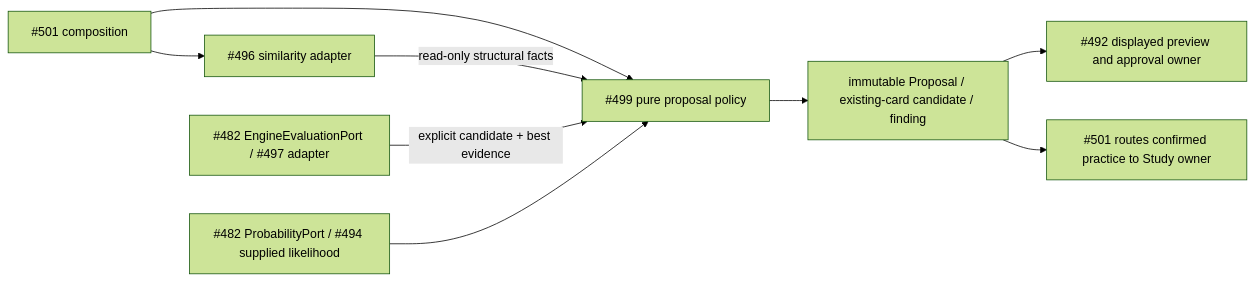
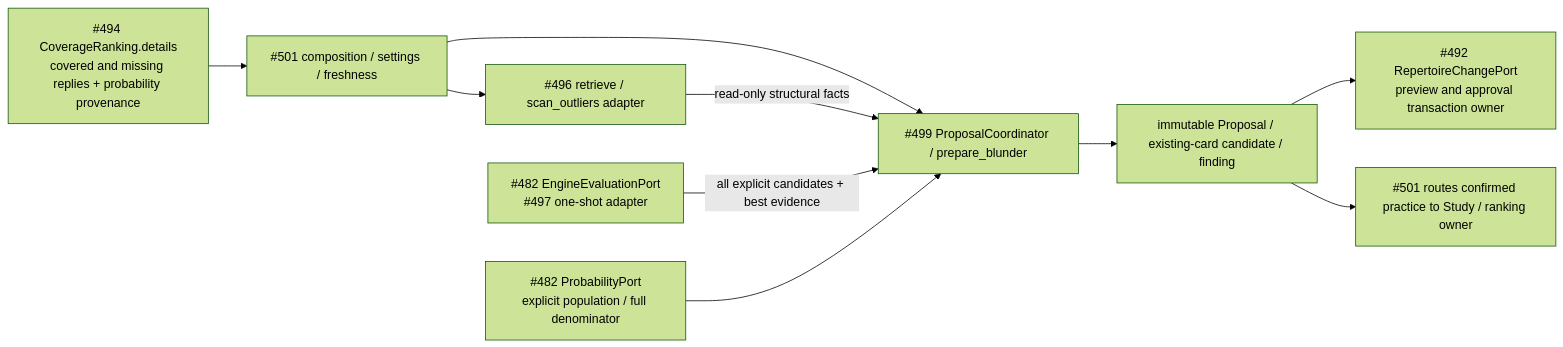
One commit to aaweaver-actuary/tempo changed the first of 2 diagrams in backend/app/analysis/proposals/README.md. Above: the diagram before and after it, drawn with Mermaid (forest theme). The commit also changed other lines of this file and 4 other files, not shown here.

````diff
--- a/backend/app/analysis/proposals/README.md
+++ b/backend/app/analysis/proposals/README.md
@@ -16,11 +44,12 @@
 ```mermaid
 flowchart LR
-  C["#501 composition"] --> P["#499 pure proposal policy"]
-  C --> S["#496 similarity adapter"]
+  C["#501 composition / settings / freshness"] --> P["#499 ProposalCoordinator / prepare_blunder"]
+  C --> S["#496 retrieve / scan_outliers adapter"]
   S -->|"read-only structural facts"| P
-  E["#482 EngineEvaluationPort / #497 adapter"] -->|"explicit candidate + best evidence"| P
-  F["#482 ProbabilityPort / #494 supplied likelihood"] --> P
+  R["#494 CoverageRanking.details\ncovered and missing replies + probability provenance"] --> C
+  E["#482 EngineEvaluationPort\n#497 one-shot adapter"] -->|"all explicit candidates + best evidence"| P
+  F["#482 ProbabilityPort\nexplicit population / full denominator"] --> P
   P --> Q["immutable Proposal / existing-card candidate / finding"]
-  Q --> A["#492 displayed preview and approval owner"]
-  Q --> T["#501 routes confirmed practice to Study owner"]
+  Q --> A["#492 RepertoireChangePort\npreview and approval transaction owner"]
+  Q --> T["#501 routes confirmed practice to Study / ranking owner"]
 ```
````
